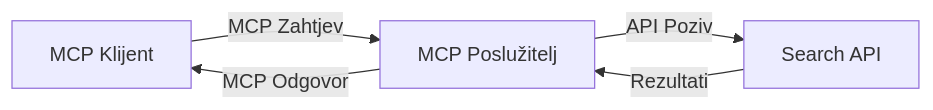
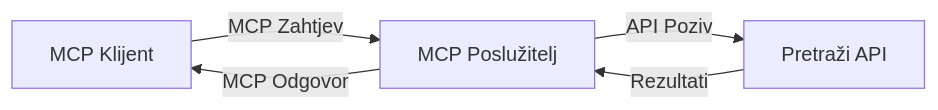
The second of 4 diagrams in translations/hr/05-AdvancedTopics/mcp-realtimesearch/README.md (microsoft/mcp-for-beginners), drawn with Mermaid before and after one commit. The commit also changed other lines of this file and 154 other files, not shown here.

````diff
--- a/translations/hr/05-AdvancedTopics/mcp-realtimesearch/README.md
+++ b/translations/hr/05-AdvancedTopics/mcp-realtimesearch/README.md
@@ -598,7 +600,7 @@
 ```mermaid
 graph LR
     Client[MCP Klijent] --> |MCP Zahtjev| Server[MCP Poslužitelj]
-    Server --> |API Poziv| SearchAPI[Search API]
+    Server --> |API Poziv| SearchAPI[Pretraži API]
     SearchAPI --> |Rezultati| Server
     Server --> |MCP Odgovor| Client
 ```
````
